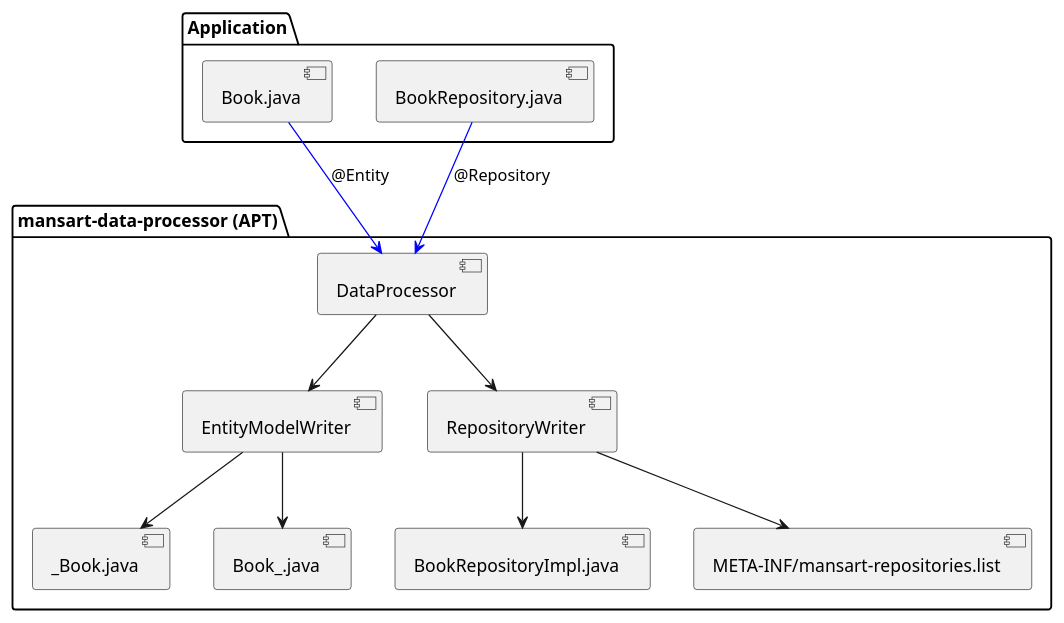
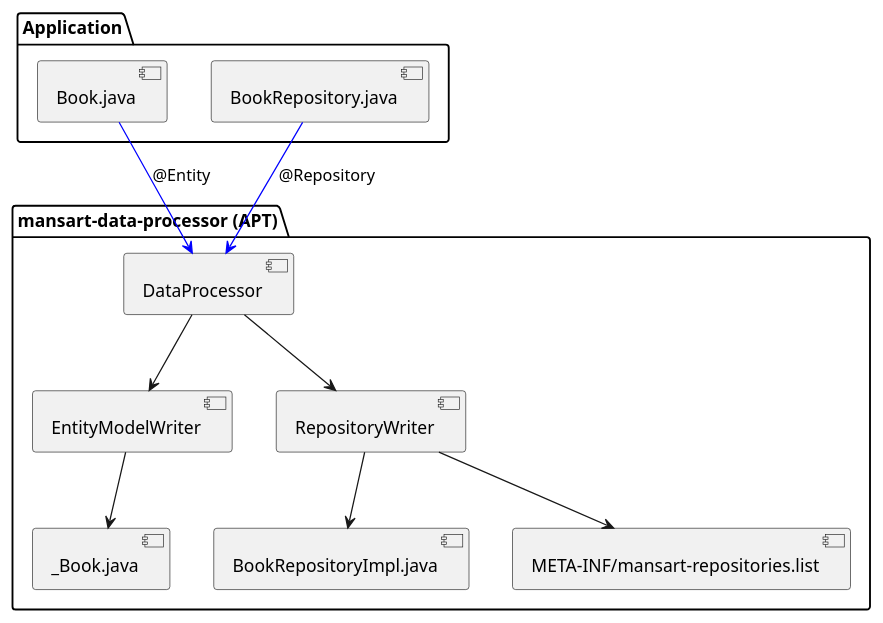
The second of 3 diagrams in docs/en/modules/ROOT/pages/internals.adoc (vidocq-stack/mansart), drawn with PlantUML before and after one commit. The commit also changed other lines of this file and 13 other files, not shown here.

```diff
--- a/docs/en/modules/ROOT/pages/internals.adoc
+++ b/docs/en/modules/ROOT/pages/internals.adoc
@@ -110,17 +110,16 @@
 [plantuml]
 ....
 @startuml
 package "mansart-data-processor (APT)" {
   [DataProcessor] --> [EntityModelWriter]
   [DataProcessor] --> [RepositoryWriter]
   [EntityModelWriter] --> [_Book.java]
-  [EntityModelWriter] --> [Book_.java]
   [RepositoryWriter] --> [BookRepositoryImpl.java]
   [RepositoryWriter] --> [META-INF/mansart-repositories.list]
 }
 package "Application" {
   [Book.java] -[#blue]-> [DataProcessor] : @Entity
   [BookRepository.java] -[#blue]-> [DataProcessor] : @Repository
 }
 @enduml
 ....
```
